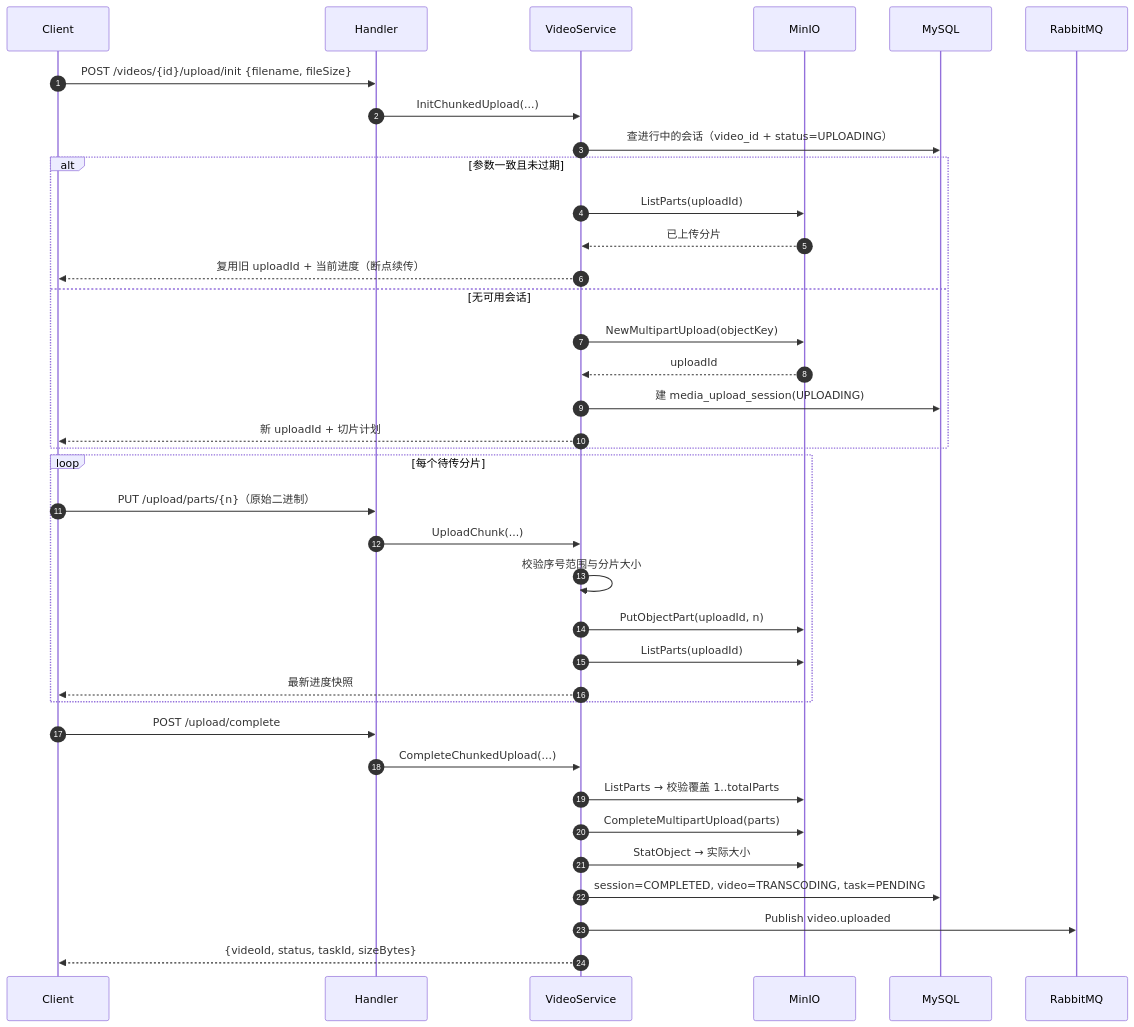
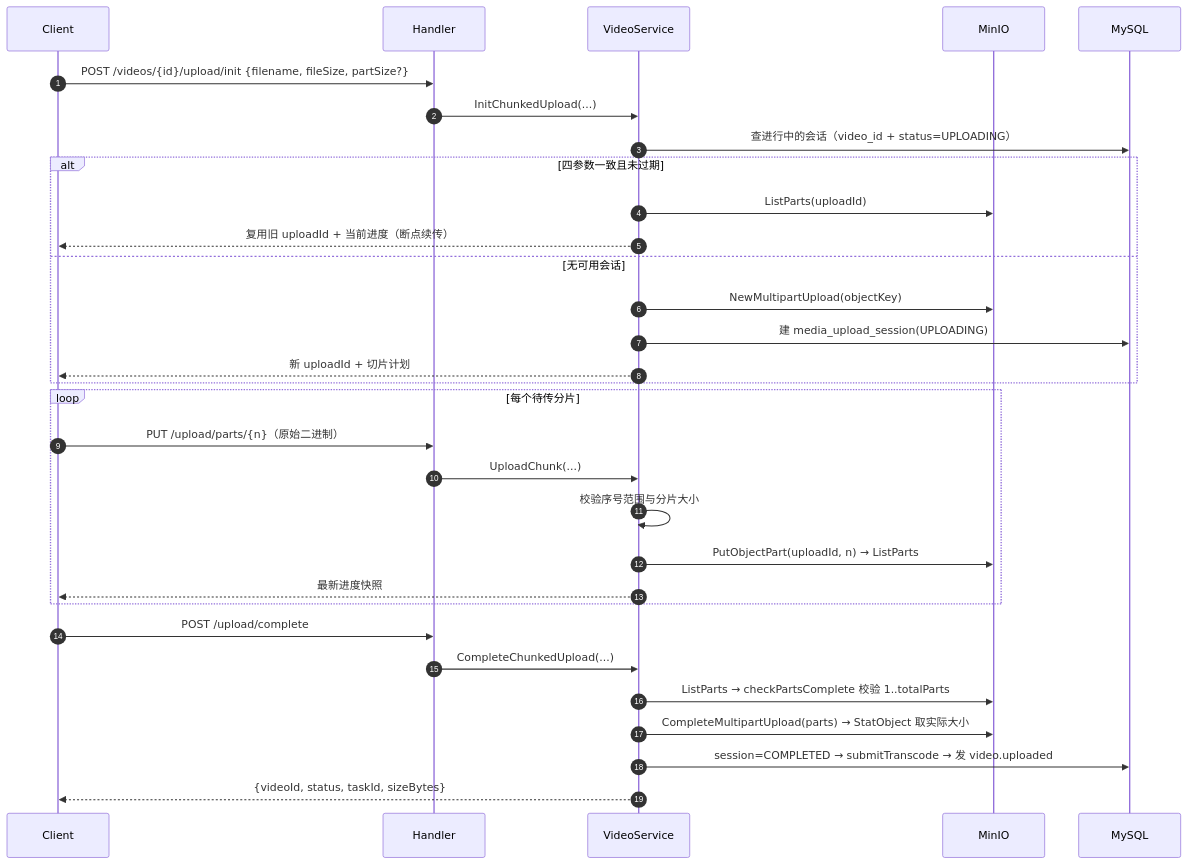
The third of 4 diagrams in video-service-go/docs/设计文档.md (YunfeiSHU/media-community), drawn with Mermaid before and after one commit. The commit also changed other lines of this file and 3 other files, not shown here.

````diff
--- a/video-service-go/docs/设计文档.md
+++ b/video-service-go/docs/设计文档.md
@@ -248,42 +183,36 @@
 ```mermaid
 sequenceDiagram
     autonumber
     participant C as Client
     participant H as Handler
     participant S as VideoService
     participant M as MinIO
     participant DB as MySQL
-    participant Q as RabbitMQ
 
-    C->>H: POST /videos/{id}/upload/init {filename, fileSize}
+    C->>H: POST /videos/{id}/upload/init {filename, fileSize, partSize?}
     H->>S: InitChunkedUpload(...)
     S->>DB: 查进行中的会话（video_id + status=UPLOADING）
-    alt 参数一致且未过期
+    alt 四参数一致且未过期
         S->>M: ListParts(uploadId)
-        M-->>S: 已上传分片
         S-->>C: 复用旧 uploadId + 当前进度（断点续传）
     else 无可用会话
         S->>M: NewMultipartUpload(objectKey)
-        M-->>S: uploadId
         S->>DB: 建 media_upload_session(UPLOADING)
         S-->>C: 新 uploadId + 切片计划
     end
 
     loop 每个待传分片
         C->>H: PUT /upload/parts/{n}（原始二进制）
         H->>S: UploadChunk(...)
         S->>S: 校验序号范围与分片大小
-        S->>M: PutObjectPart(uploadId, n)
-        S->>M: ListParts(uploadId)
+        S->>M: PutObjectPart(uploadId, n) → ListParts
         S-->>C: 最新进度快照
     end
 
     C->>H: POST /upload/complete
     H->>S: CompleteChunkedUpload(...)
-    S->>M: ListParts → 校验覆盖 1..totalParts
-    S->>M: CompleteMultipartUpload(parts)
-    S->>M: StatObject → 实际大小
-    S->>DB: session=COMPLETED, video=TRANSCODING, task=PENDING
-    S->>Q: Publish video.uploaded
+    S->>M: ListParts → checkPartsComplete 校验 1..totalParts
+    S->>M: CompleteMultipartUpload(parts) → StatObject 取实际大小
+    S->>DB: session=COMPLETED → submitTranscode → 发 video.uploaded
     S-->>C: {videoId, status, taskId, sizeBytes}
 ```
````
